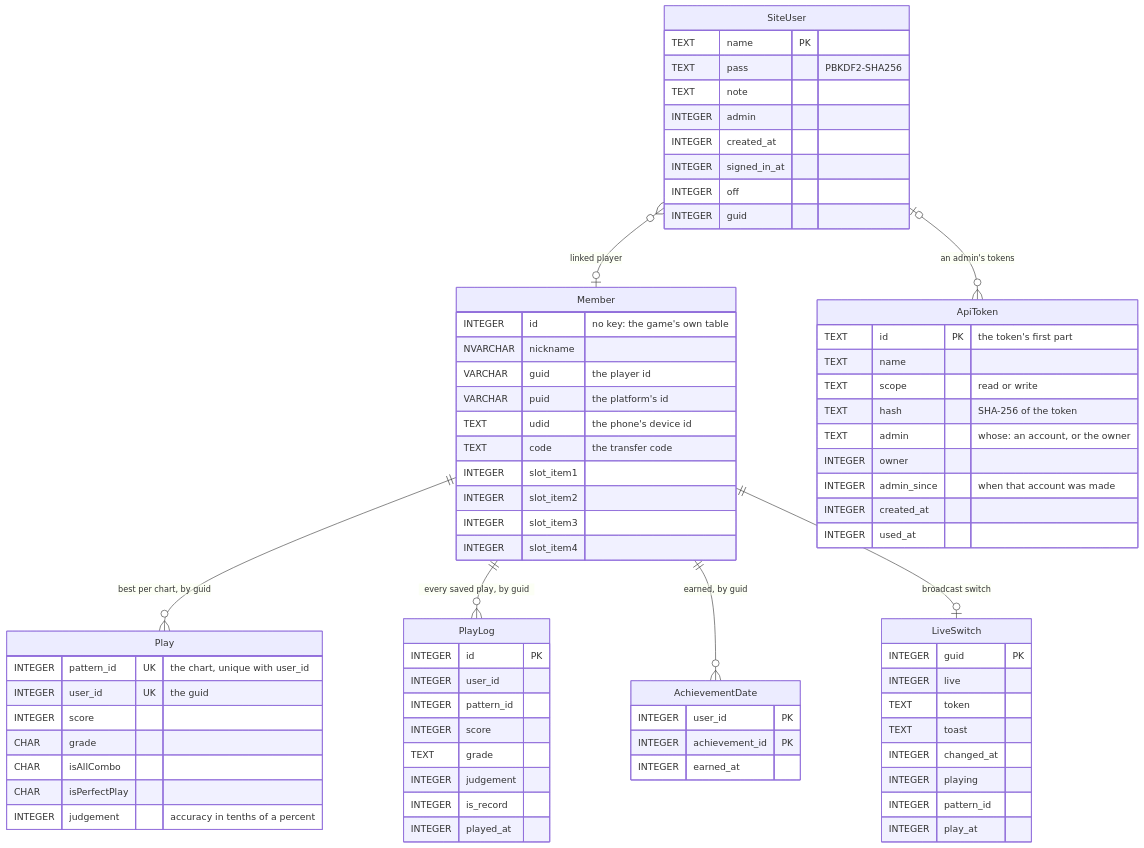
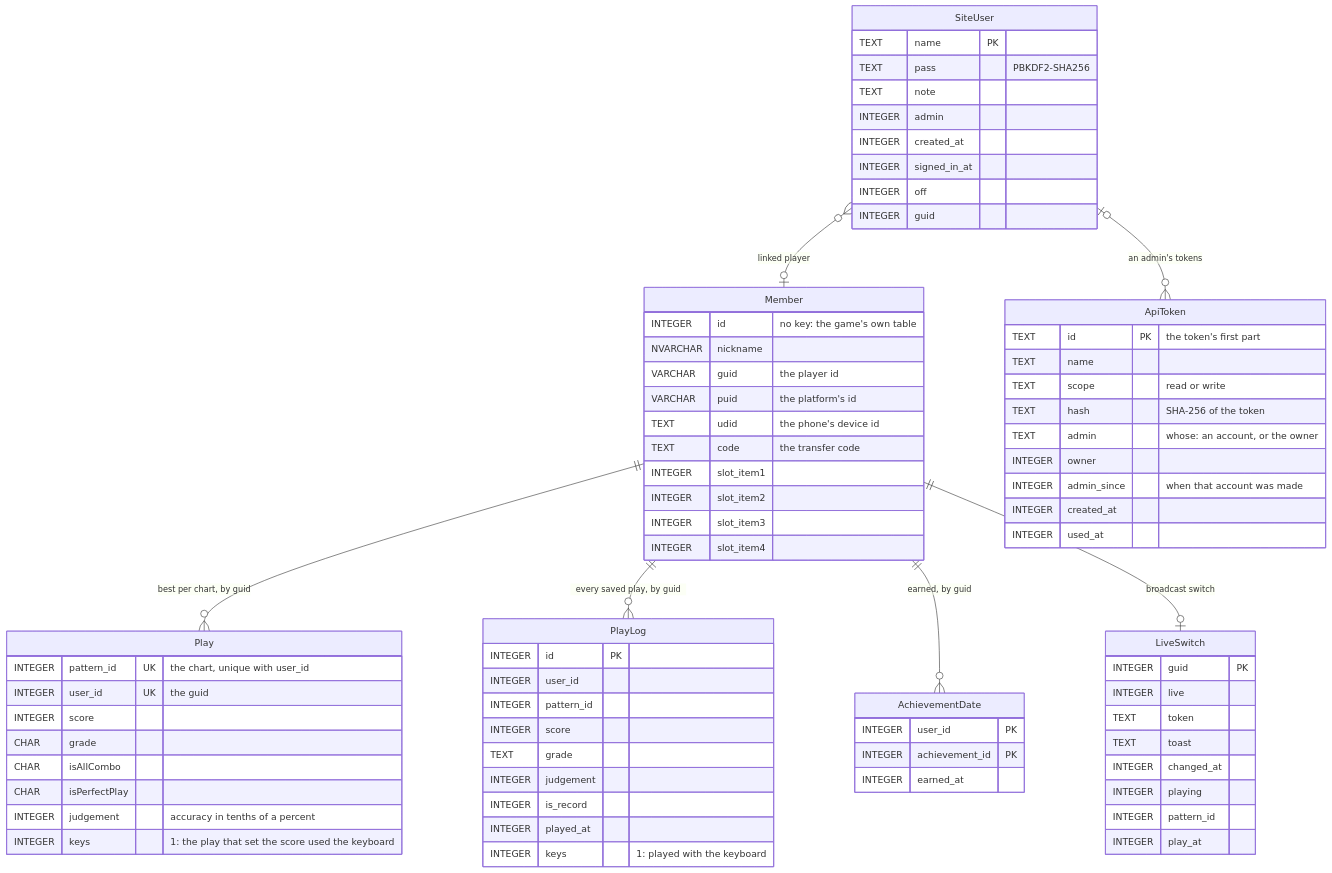
Before and after one commit to kanggu12/openDMTQ: the diagram in docs/architecture.md, drawn with Mermaid. The commit also changed other lines of this file and 4 other files, not shown here.

````diff
--- a/docs/architecture.md
+++ b/docs/architecture.md
@@ -332,76 +342,78 @@
 ```mermaid
 erDiagram
   Member ||--o{ Play : "best per chart, by guid"
   Member ||--o{ PlayLog : "every saved play, by guid"
   Member ||--o{ AchievementDate : "earned, by guid"
   Member ||--o| LiveSwitch : "broadcast switch"
   SiteUser }o--o| Member : "linked player"
   SiteUser |o--o{ ApiToken : "an admin's tokens"
   Member {
     INTEGER id "no key: the game's own table"
     NVARCHAR nickname
     VARCHAR guid "the player id"
     VARCHAR puid "the platform's id"
     TEXT udid "the phone's device id"
     TEXT code "the transfer code"
     INTEGER slot_item1
     INTEGER slot_item2
     INTEGER slot_item3
     INTEGER slot_item4
   }
   Play {
     INTEGER pattern_id UK "the chart, unique with user_id"
     INTEGER user_id UK "the guid"
     INTEGER score
     CHAR grade
     CHAR isAllCombo
     CHAR isPerfectPlay
     INTEGER judgement "accuracy in tenths of a percent"
+    INTEGER keys "1: the play that set the score used the keyboard"
   }
   PlayLog {
     INTEGER id PK
     INTEGER user_id
     INTEGER pattern_id
     INTEGER score
     TEXT grade
     INTEGER judgement
     INTEGER is_record
     INTEGER played_at
+    INTEGER keys "1: played with the keyboard"
   }
   AchievementDate {
     INTEGER user_id PK
     INTEGER achievement_id PK
     INTEGER earned_at
   }
   LiveSwitch {
     INTEGER guid PK
     INTEGER live
     TEXT token
     TEXT toast
     INTEGER changed_at
     INTEGER playing
     INTEGER pattern_id
     INTEGER play_at
   }
   SiteUser {
     TEXT name PK
     TEXT pass "PBKDF2-SHA256"
     TEXT note
     INTEGER admin
     INTEGER created_at
     INTEGER signed_in_at
     INTEGER off
     INTEGER guid
   }
   ApiToken {
     TEXT id PK "the token's first part"
     TEXT name
     TEXT scope "read or write"
     TEXT hash "SHA-256 of the token"
     TEXT admin "whose: an account, or the owner"
     INTEGER owner
     INTEGER admin_since "when that account was made"
     INTEGER created_at
     INTEGER used_at
   }
 ```
````
